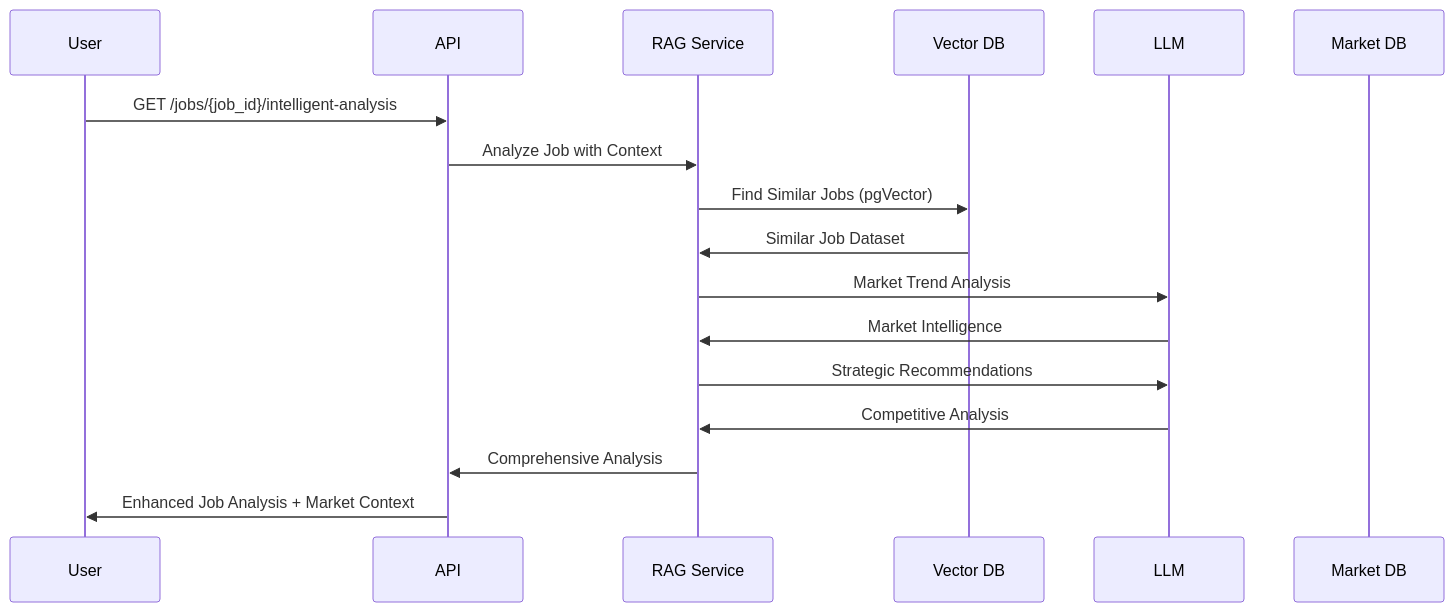
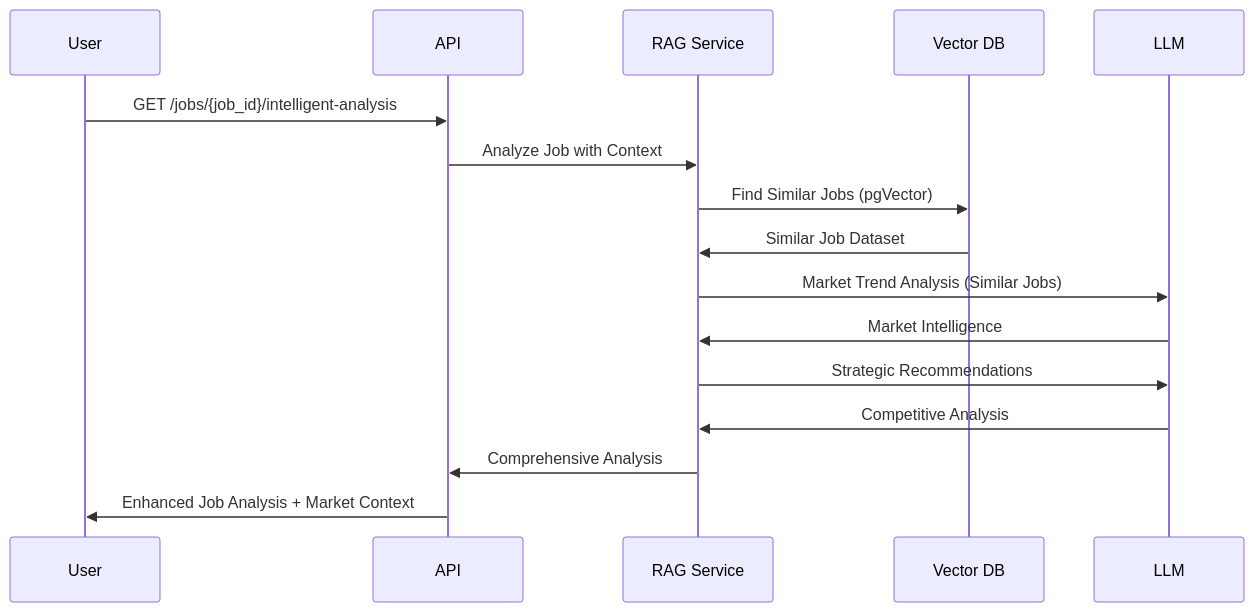
Before and after one commit to s1120258/res-match-api: the fourth of 6 diagrams in docs/TECHNICAL_ARCHITECTURE.md, drawn with Mermaid.

Commit message:
docs(architecture): fix incorrect workflow diagram

````diff
--- a/docs/TECHNICAL_ARCHITECTURE.md
+++ b/docs/TECHNICAL_ARCHITECTURE.md
@@ -226,20 +226,19 @@
 ```mermaid
 sequenceDiagram
     participant User
     participant API
     participant RAG Service
     participant Vector DB
     participant LLM
-    participant Market DB
 
     User->>API: GET /jobs/{job_id}/intelligent-analysis
     API->>RAG Service: Analyze Job with Context
     RAG Service->>Vector DB: Find Similar Jobs (pgVector)
     Vector DB->>RAG Service: Similar Job Dataset
-    RAG Service->>LLM: Market Trend Analysis
+    RAG Service->>LLM: Market Trend Analysis (Similar Jobs)
     LLM->>RAG Service: Market Intelligence
     RAG Service->>LLM: Strategic Recommendations
     LLM->>RAG Service: Competitive Analysis
     RAG Service->>API: Comprehensive Analysis
     API->>User: Enhanced Job Analysis + Market Context
 ```
````
